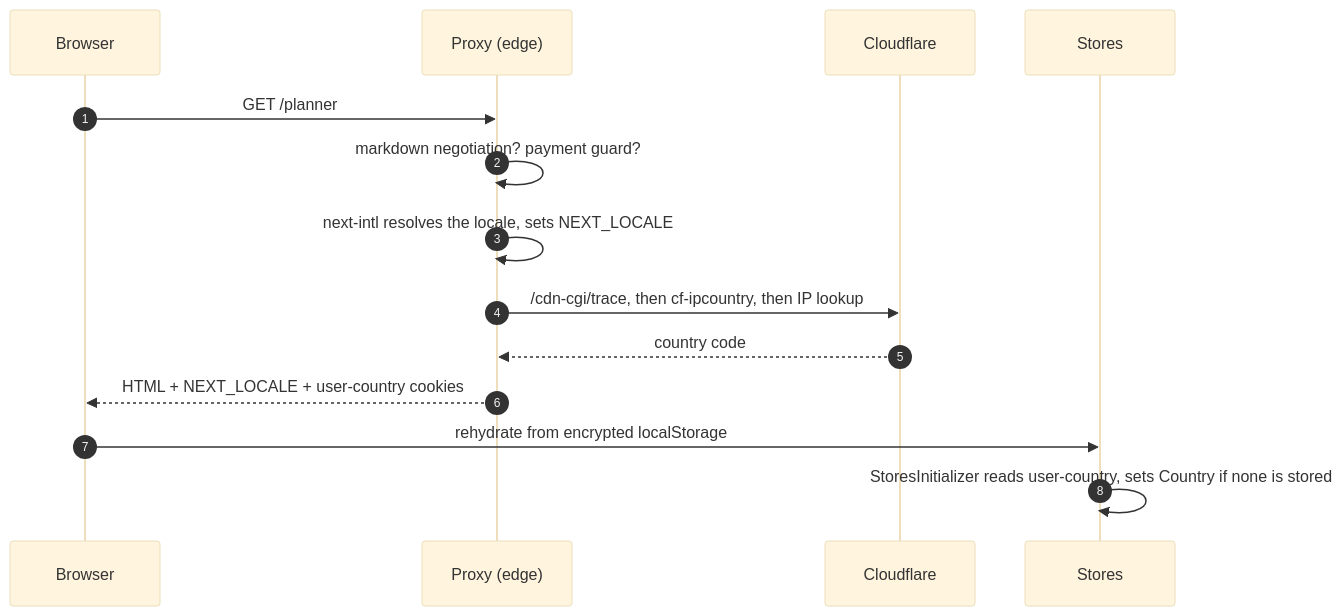
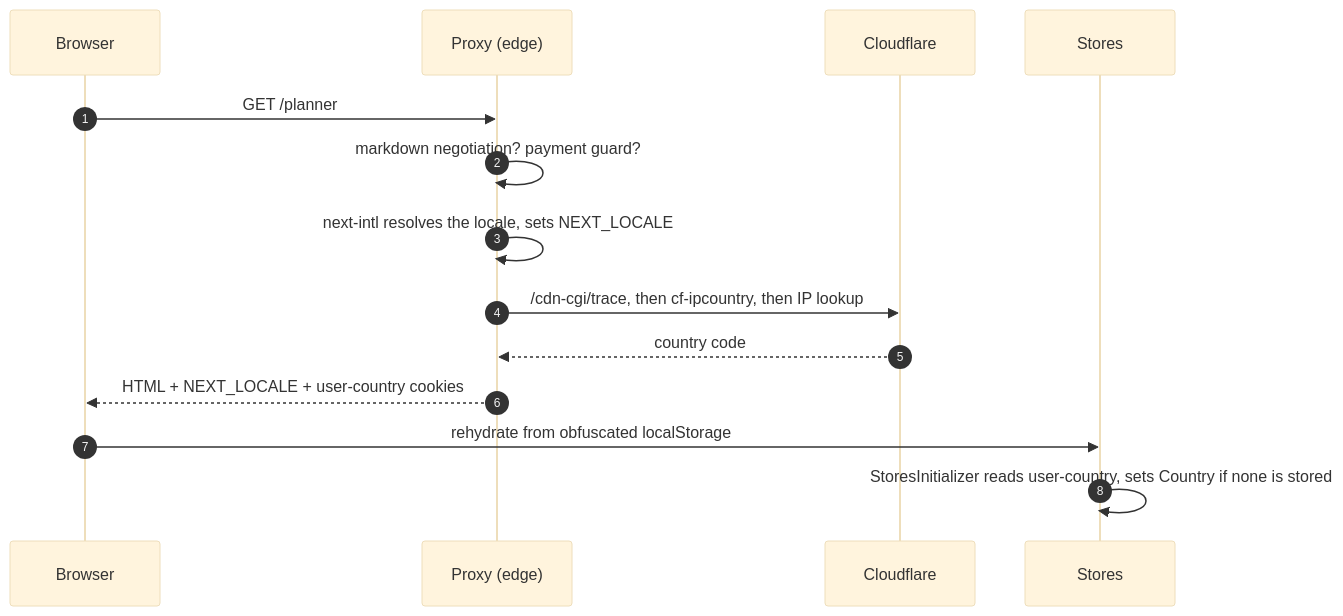
One commit to fbuireu/forever-pto changed the second of 3 diagrams in apps/docs/src/content/docs/how-it-works/overview.mdx. Above: the diagram before and after it, drawn with Mermaid (base theme). The commit also changed other lines of this file and 30 other files, not shown here.

````diff
--- a/apps/docs/src/content/docs/how-it-works/overview.mdx
+++ b/apps/docs/src/content/docs/how-it-works/overview.mdx
@@ -54,16 +54,16 @@
 ```mermaid
 sequenceDiagram
   autonumber
   participant B as Browser
   participant P as Proxy (edge)
   participant CF as Cloudflare
   participant S as Stores
   B->>P: GET /planner
   P->>P: markdown negotiation? payment guard?
   P->>P: next-intl resolves the locale, sets NEXT_LOCALE
   P->>CF: /cdn-cgi/trace, then cf-ipcountry, then IP lookup
   CF-->>P: country code
   P-->>B: HTML + NEXT_LOCALE + user-country cookies
-  B->>S: rehydrate from encrypted localStorage
+  B->>S: rehydrate from obfuscated localStorage
   S->>S: StoresInitializer reads user-country, sets Country if none is stored
 ```
````
